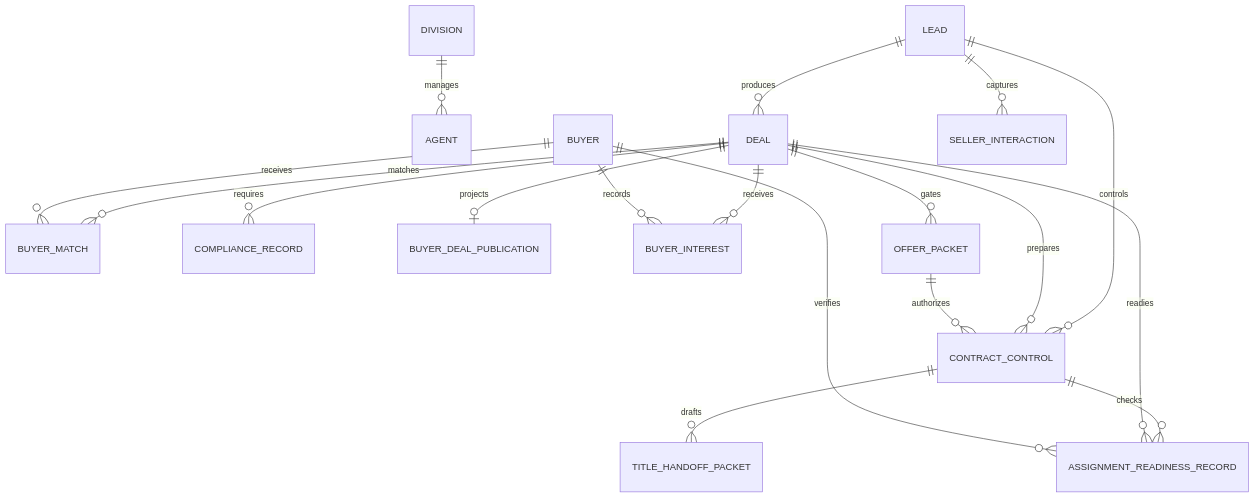
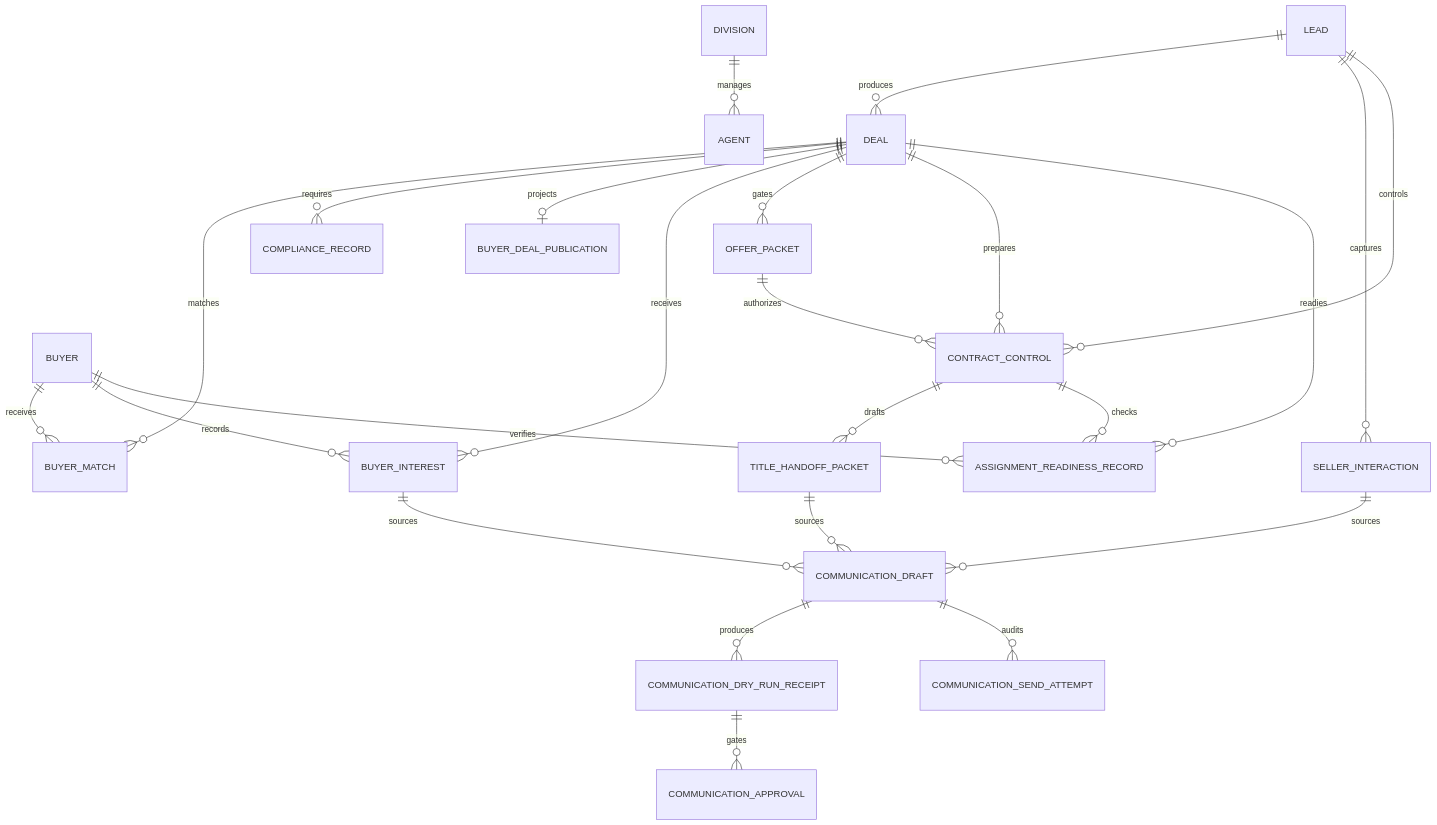
Before and after one commit to ceojoe88/prime2-wholesale-deal-os: the diagram in docs/ARCHITECTURE.md, drawn with Mermaid. The commit also changed other lines of this file and 23 other files, not shown here.

````diff
--- a/docs/ARCHITECTURE.md
+++ b/docs/ARCHITECTURE.md
@@ -43,20 +46,26 @@
 ```mermaid
 erDiagram
   DIVISION ||--o{ AGENT : manages
   LEAD ||--o{ DEAL : produces
   DEAL ||--o{ BUYER_MATCH : matches
   BUYER ||--o{ BUYER_MATCH : receives
   DEAL ||--o{ COMPLIANCE_RECORD : requires
   DEAL ||--o| BUYER_DEAL_PUBLICATION : projects
   DEAL ||--o{ BUYER_INTEREST : receives
   BUYER ||--o{ BUYER_INTEREST : records
   LEAD ||--o{ SELLER_INTERACTION : captures
   DEAL ||--o{ OFFER_PACKET : gates
   LEAD ||--o{ CONTRACT_CONTROL : controls
   DEAL ||--o{ CONTRACT_CONTROL : prepares
   OFFER_PACKET ||--o{ CONTRACT_CONTROL : authorizes
   CONTRACT_CONTROL ||--o{ TITLE_HANDOFF_PACKET : drafts
   CONTRACT_CONTROL ||--o{ ASSIGNMENT_READINESS_RECORD : checks
   DEAL ||--o{ ASSIGNMENT_READINESS_RECORD : readies
   BUYER ||--o{ ASSIGNMENT_READINESS_RECORD : verifies
+  SELLER_INTERACTION ||--o{ COMMUNICATION_DRAFT : sources
+  BUYER_INTEREST ||--o{ COMMUNICATION_DRAFT : sources
+  TITLE_HANDOFF_PACKET ||--o{ COMMUNICATION_DRAFT : sources
+  COMMUNICATION_DRAFT ||--o{ COMMUNICATION_DRY_RUN_RECEIPT : produces
+  COMMUNICATION_DRY_RUN_RECEIPT ||--o{ COMMUNICATION_APPROVAL : gates
+  COMMUNICATION_DRAFT ||--o{ COMMUNICATION_SEND_ATTEMPT : audits
 ```
````
